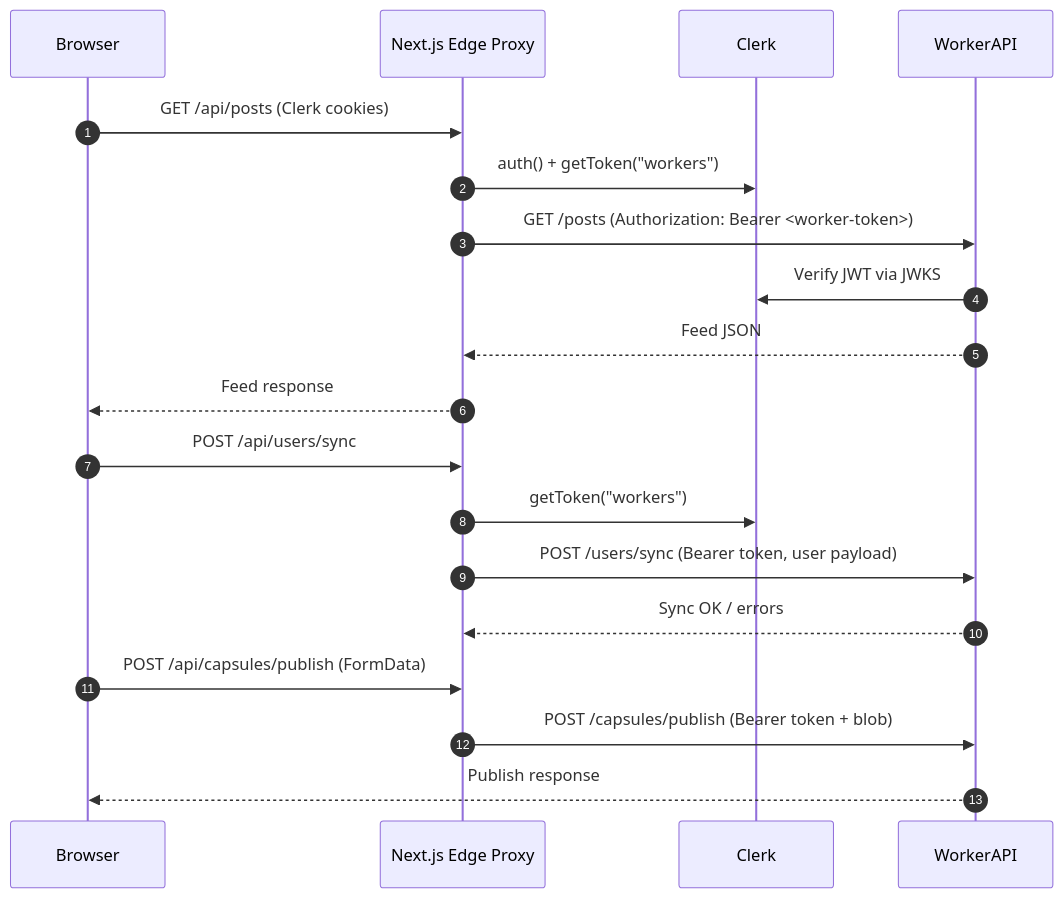
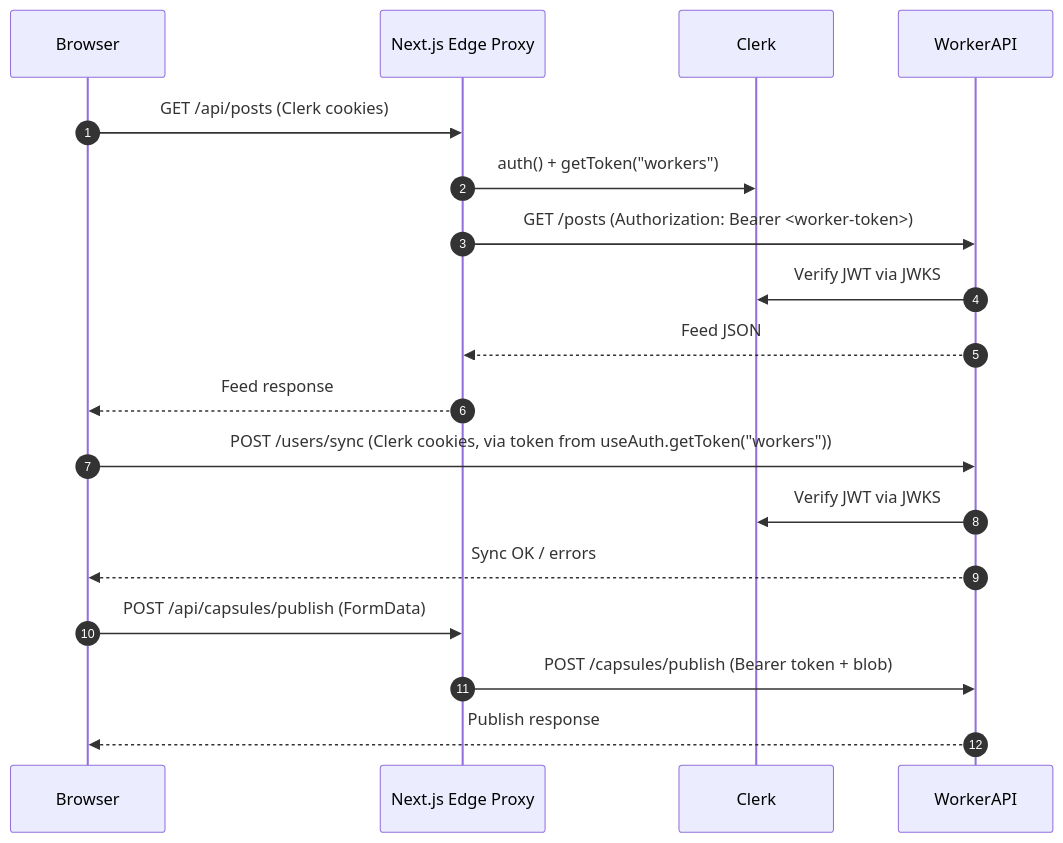
Before and after one commit to Braden-sui/Vibecodr: the diagram in docs/cross-surface-auth.mdx, drawn with Mermaid. The commit also changed other lines of this file and 47 other files, not shown here.

````diff
--- a/docs/cross-surface-auth.mdx
+++ b/docs/cross-surface-auth.mdx
@@ -19,21 +19,20 @@
 ```mermaid
 sequenceDiagram
   autonumber
   participant Browser
   participant PagesProxy as Next.js Edge Proxy
   participant Clerk
   participant WorkerAPI
   Browser->>PagesProxy: GET /api/posts (Clerk cookies)
   PagesProxy->>Clerk: auth() + getToken("workers")
   PagesProxy->>WorkerAPI: GET /posts (Authorization: Bearer <worker-token>)
   WorkerAPI->>Clerk: Verify JWT via JWKS
   WorkerAPI-->>PagesProxy: Feed JSON
   PagesProxy-->>Browser: Feed response
-  Browser->>PagesProxy: POST /api/users/sync
-  PagesProxy->>Clerk: getToken("workers")
-  PagesProxy->>WorkerAPI: POST /users/sync (Bearer token, user payload)
-  WorkerAPI-->>PagesProxy: Sync OK / errors
+  Browser->>WorkerAPI: POST /users/sync (Clerk cookies, via token from useAuth.getToken("workers"))
+  WorkerAPI->>Clerk: Verify JWT via JWKS
+  WorkerAPI-->>Browser: Sync OK / errors
   Browser->>PagesProxy: POST /api/capsules/publish (FormData)
   PagesProxy->>WorkerAPI: POST /capsules/publish (Bearer token + blob)
   WorkerAPI-->>Browser: Publish response
 ```
````
